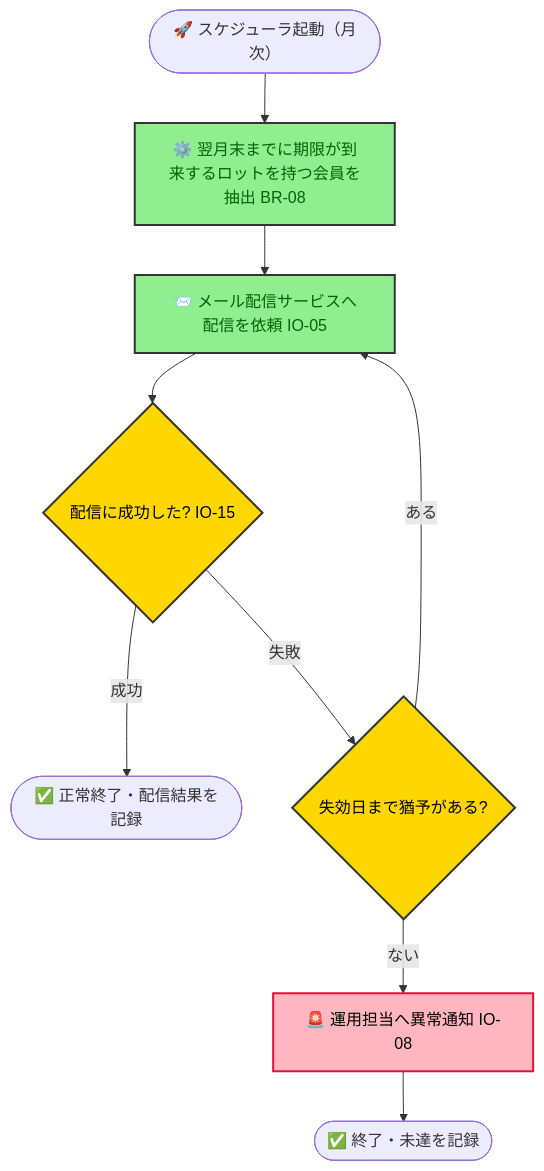
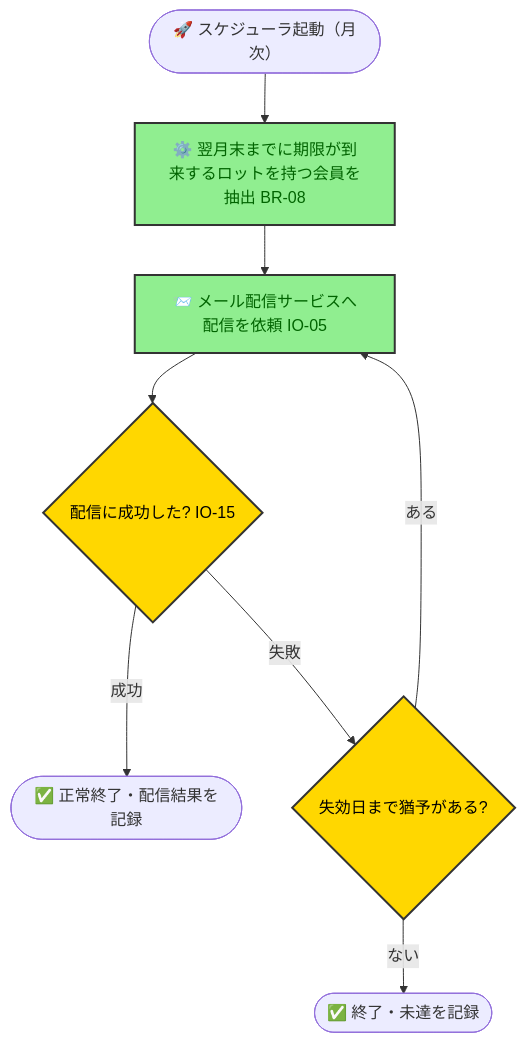
One commit to kasiopeiya/claude-dev-template changed diagram 12 of 13 in samples/docs/requirements.md. Above: the diagram before and after it, drawn with Mermaid. The commit also changed other lines of this file and 3 other files, not shown here.

````diff
--- a/samples/docs/requirements.md
+++ b/samples/docs/requirements.md
@@ -1026,18 +922,16 @@
 ```mermaid
 flowchart TD
     start([🚀 スケジューラ起動（月次）]) --> load[⚙️ 翌月末までに期限が到来するロットを持つ会員を抽出 BR-08]
     load --> send[📨 メール配信サービスへ配信を依頼 IO-05]
     send --> result{配信に成功した? IO-15}
     result -->|成功| done([✅ 正常終了・配信結果を記録])
     result -->|失敗| grace{失効日まで猶予がある?}
     grace -->|ある| send
-    grace -->|ない| alert[🚨 運用担当へ異常通知 IO-08]
-    alert --> done2([✅ 終了・未達を記録])
+    grace -->|ない| done2([✅ 終了・未達を記録])
 
     classDef step fill:#90EE90,stroke:#333,stroke-width:2px,color:darkgreen
     classDef decision fill:#FFD700,stroke:#333,stroke-width:2px,color:black
     classDef error fill:#FFB6C1,stroke:#DC143C,stroke-width:2px,color:black
     class load,send step
     class result,grace decision
-    class alert error
 ```
````
